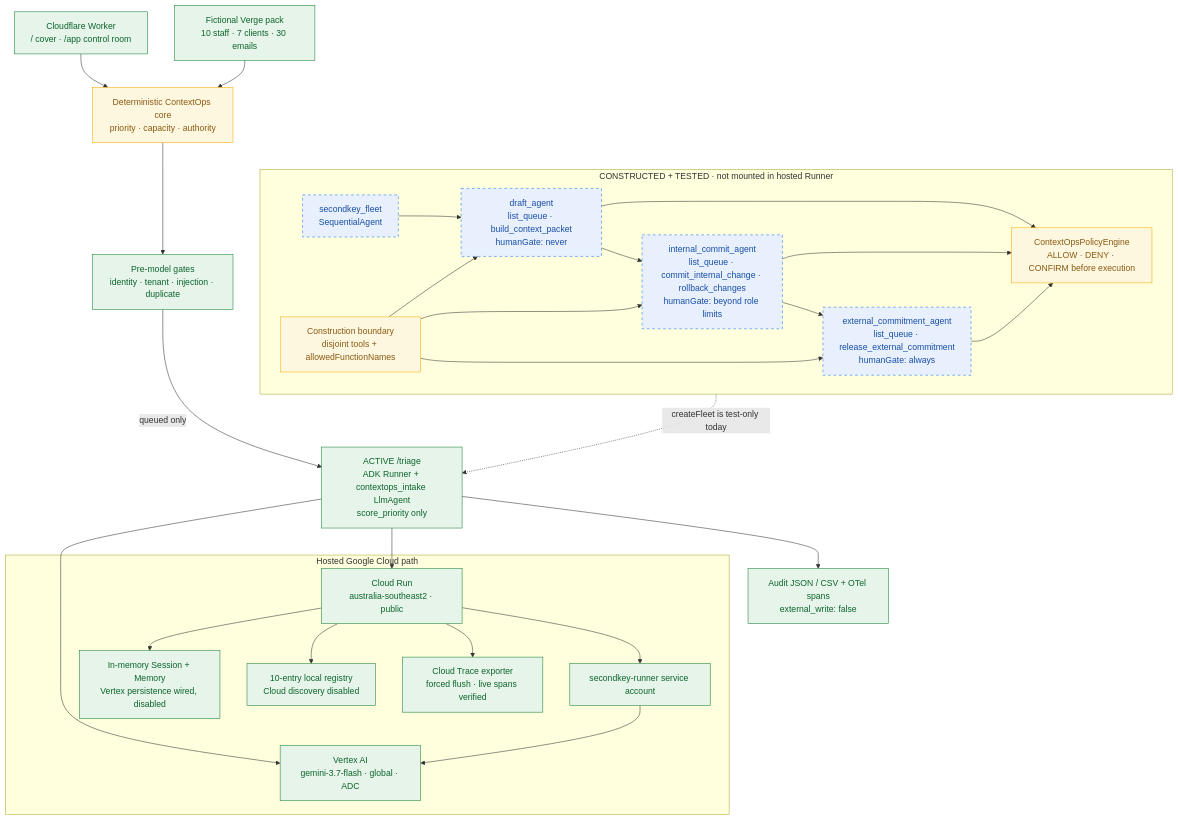
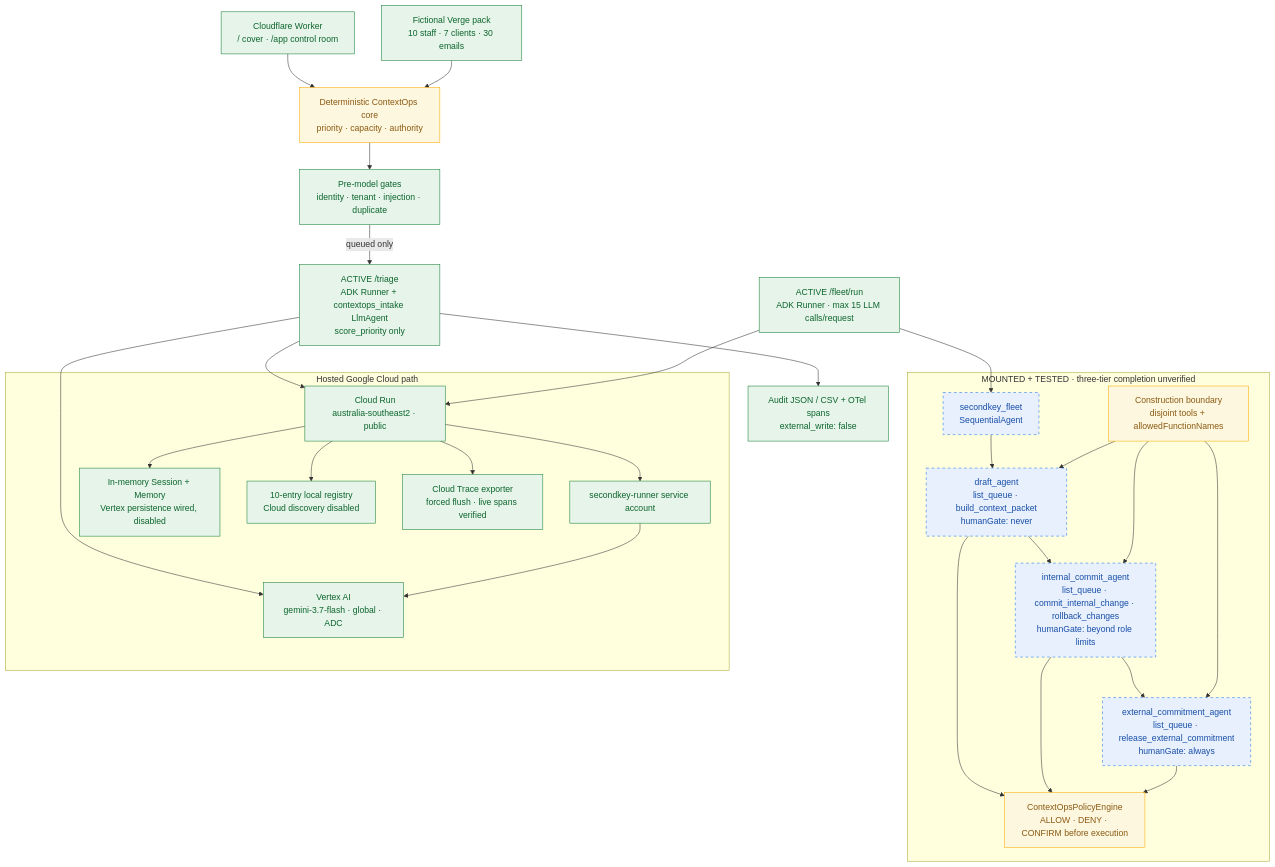
One commit to vcdwio/secondkey changed the first of 2 diagrams in ARCHITECTURE_DIAGRAM.md. Above: the diagram before and after it, drawn with Mermaid. The commit also changed other lines of this file and 14 other files, not shown here.

````diff
--- a/ARCHITECTURE_DIAGRAM.md
+++ b/ARCHITECTURE_DIAGRAM.md
@@ -13,56 +14,59 @@
 ```mermaid
 flowchart TB
     WEB["Cloudflare Worker<br/>/ cover · /app control room"]
     DATA["Fictional Verge pack<br/>10 staff · 7 clients · 30 emails"]
     CORE["Deterministic ContextOps core<br/>priority · capacity · authority"]
     GATES["Pre-model gates<br/>identity · tenant · injection · duplicate"]
     TRIAGE["ACTIVE /triage<br/>ADK Runner + contextops_intake LlmAgent<br/>score_priority only"]
     VAI["Vertex AI<br/>gemini-3.7-flash · global · ADC"]
     AUDIT["Audit JSON / CSV + OTel spans<br/>external_write: false"]
 
     WEB --> CORE
     DATA --> CORE --> GATES
     GATES -->|queued only| TRIAGE --> VAI
     TRIAGE --> AUDIT
 
-    subgraph FLEET["CONSTRUCTED + TESTED · not mounted in hosted Runner"]
+    FLEET_ROUTE["ACTIVE /fleet/run<br/>ADK Runner · max 15 LLM calls/request"]
+
+    subgraph FLEET["MOUNTED + TESTED · three-tier completion unverified"]
       COORD["secondkey_fleet<br/>SequentialAgent"]
       DRAFT["draft_agent<br/>list_queue · build_context_packet<br/>humanGate: never"]
       INTERNAL["internal_commit_agent<br/>list_queue · commit_internal_change · rollback_changes<br/>humanGate: beyond role limits"]
       EXTERNAL["external_commitment_agent<br/>list_queue · release_external_commitment<br/>humanGate: always"]
       CONSTRUCT["Construction boundary<br/>disjoint tools + allowedFunctionNames"]
       POLICY["ContextOpsPolicyEngine<br/>ALLOW · DENY · CONFIRM before execution"]
 
       COORD --> DRAFT --> INTERNAL --> EXTERNAL
       CONSTRUCT --> DRAFT
       CONSTRUCT --> INTERNAL
       CONSTRUCT --> EXTERNAL
       DRAFT --> POLICY
       INTERNAL --> POLICY
       EXTERNAL --> POLICY
     end
 
-    FLEET -.->|createFleet is test-only today| TRIAGE
+    FLEET_ROUTE --> COORD
 
     subgraph CLOUD["Hosted Google Cloud path"]
       CR["Cloud Run<br/>australia-southeast2 · public"]
       SA["secondkey-runner service account"]
       STATE["In-memory Session + Memory<br/>Vertex persistence wired, disabled"]
       REG["10-entry local registry<br/>Cloud discovery disabled"]
       TRACE["Cloud Trace exporter<br/>forced flush · live spans verified"]
       CR --> SA --> VAI
       CR --> STATE
       CR --> REG
       CR --> TRACE
     end
 
     TRIAGE --> CR
+    FLEET_ROUTE --> CR
 
     classDef live fill:#e6f4ea,stroke:#188038,color:#0d652d
     classDef deterministic fill:#fef7e0,stroke:#f9ab00,color:#8a5a12
     classDef prepared fill:#e8f0fe,stroke:#1a73e8,color:#174ea6,stroke-dasharray:5 5
-    class WEB,DATA,GATES,TRIAGE,VAI,AUDIT,CR,SA,STATE,REG live
+    class WEB,DATA,GATES,TRIAGE,FLEET_ROUTE,VAI,AUDIT,CR,SA,STATE,REG live
     class CORE,POLICY,CONSTRUCT deterministic
     class TRACE live
     class COORD,DRAFT,INTERNAL,EXTERNAL prepared
 ```
````
